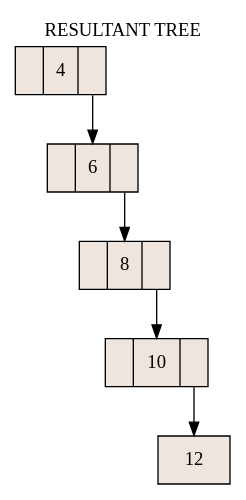
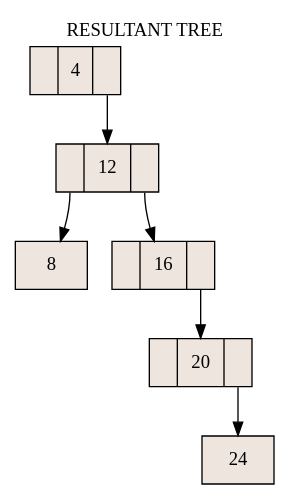
One commit to eugeniagiuliodori/LambdaInSets changed the diagram in GTree.dot. Above: the diagram before and after it, drawn with Graphviz. The commit also changed 14 other files, not shown here.

```diff
--- a/GTree.dot
+++ b/GTree.dot
@@ -1,14 +1,16 @@
 digraph grafica{
 labelloc="t";label ="RESULTANT TREE
 "rankdir=TB;
 node [shape = record, style=filled, fillcolor=seashell2];
-nodo2 [ label ="<C0>|4|<C1>"];
-nodo3 [ label ="<C0>|6|<C1>"];
-nodo4 [ label ="<C0>|8|<C1>"];
-nodo5 [ label ="<C0>|10|<C1>"];
-nodo6 [ label ="12"];
+nodo1 [ label ="<C0>|4|<C1>"];
+nodo3 [ label ="<C0>|12|<C1>"];
+nodo2 [ label ="8"];
+nodo3:C0->nodo2
+nodo4 [ label ="<C0>|16|<C1>"];
+nodo5 [ label ="<C0>|20|<C1>"];
+nodo6 [ label ="24"];
 nodo5:C1->nodo6
 nodo4:C1->nodo5
 nodo3:C1->nodo4
-nodo2:C1->nodo3
+nodo1:C1->nodo3
 }
```
